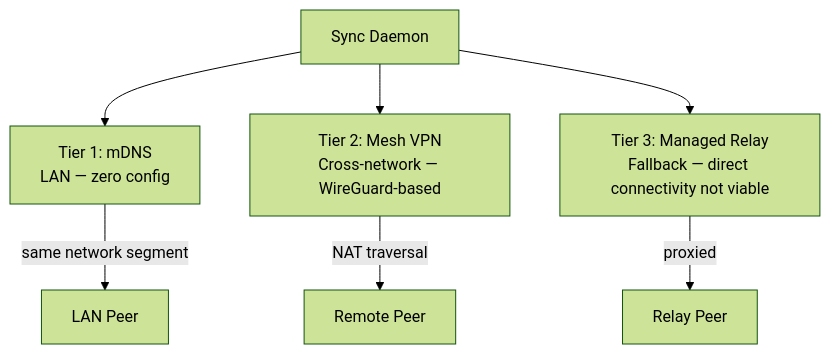
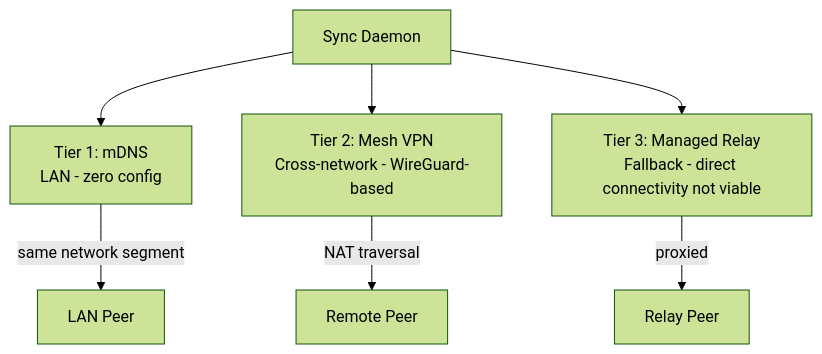
The first of 6 diagrams in vol-1/part-3-reference-architecture/ch14-sync-daemon-protocol.md (Harborline-Software/the-inverted-stack), drawn with Mermaid (forest theme) before and after one commit. The commit also changed other lines of this file and 376 other files, not shown here.

````diff
--- a/vol-1/part-3-reference-architecture/ch14-sync-daemon-protocol.md
+++ b/vol-1/part-3-reference-architecture/ch14-sync-daemon-protocol.md
@@ -31,10 +31,10 @@
 ```mermaid
 flowchart TD
-    D[Sync Daemon] --> mDNS[Tier 1: mDNS\nLAN — zero config]
-    D --> VPN[Tier 2: Mesh VPN\nCross-network — WireGuard-based]
-    D --> Relay[Tier 3: Managed Relay\nFallback — direct connectivity not viable]
+    D[Sync Daemon] --> mDNS[Tier 1: mDNS\nLAN - zero config]
+    D --> VPN[Tier 2: Mesh VPN\nCross-network - WireGuard-based]
+    D --> Relay[Tier 3: Managed Relay\nFallback - direct connectivity not viable]
 
     mDNS -->|same network segment| Peer1[LAN Peer]
     VPN -->|NAT traversal| Peer2[Remote Peer]
     Relay -->|proxied| Peer3[Relay Peer]
 ```
````
